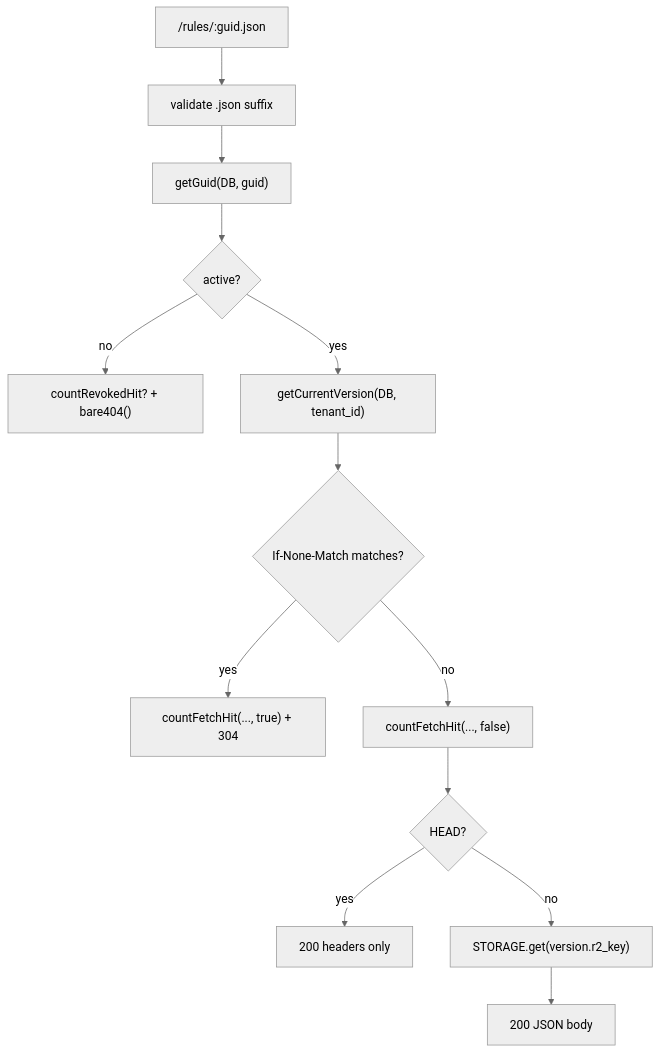
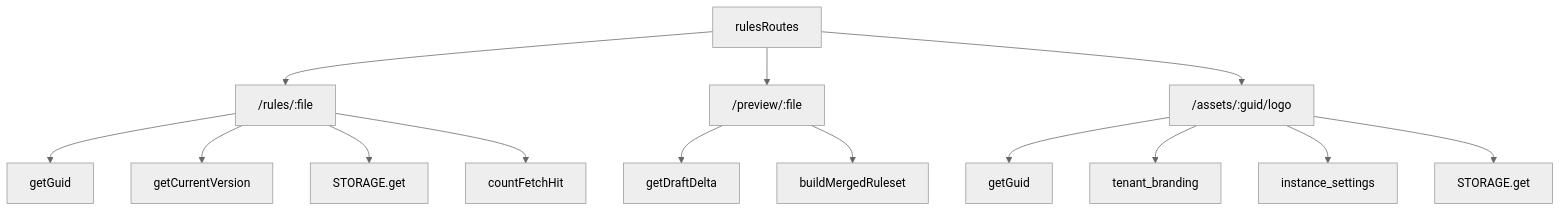
Before and after one commit to DailenG/CheckDeployManager: the diagram in docs/wiki/public-rules-delivery.md, drawn with Mermaid (neutral theme). The commit also changed other lines of this file and 14 other files, not shown here.

````diff
--- a/docs/wiki/public-rules-delivery.md
+++ b/docs/wiki/public-rules-delivery.md
@@ -28,15 +42,19 @@
 ```mermaid
 flowchart TD
-  A["/rules/:guid.json"] --> B["validate .json suffix"]
-  B --> C["getGuid(DB, guid)"]
-  C --> D{"active?"}
-  D -- no --> E["countRevokedHit? + bare404()"]
-  D -- yes --> F["getCurrentVersion(DB, tenant_id)"]
-  F --> G{"If-None-Match matches?"}
-  G -- yes --> H["countFetchHit(..., true) + 304"]
-  G -- no --> I["countFetchHit(..., false)"]
-  I --> J{"HEAD?"}
-  J -- yes --> K["200 headers only"]
-  J -- no --> L["STORAGE.get(version.r2_key)"]
-  L --> M["200 JSON body"]
+  A[rulesRoutes] --> B["/rules/:file"]
+  A --> C["/preview/:file"]
+  A --> D["/assets/:guid/logo"]
+
+  B --> E[getGuid]
+  B --> F[getCurrentVersion]
+  B --> G[STORAGE.get]
+  B --> H[countFetchHit]
+
+  C --> I[getDraftDelta]
+  C --> J[buildMergedRuleset]
+
+  D --> K[getGuid]
+  D --> L[tenant_branding]
+  D --> M[instance_settings]
+  D --> N[STORAGE.get]
 ```
````
